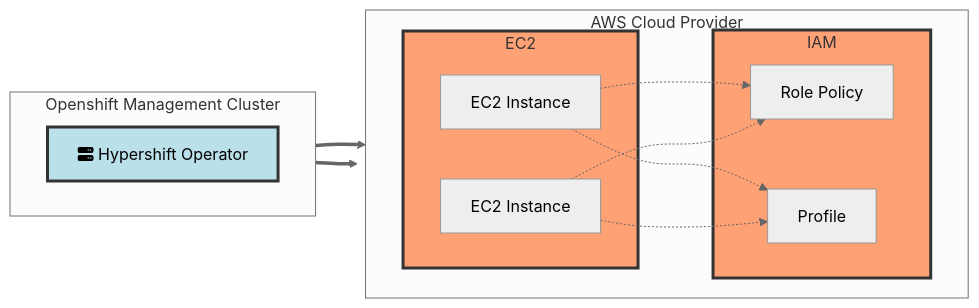
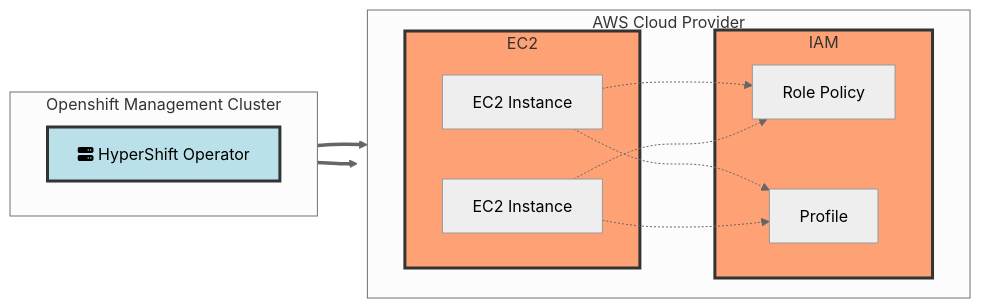
Before and after one commit to openshift/hypershift: the sixth of 6 diagrams in docs/content/how-to/aws/index.md, drawn with Mermaid (neutral theme). The commit also changed other lines of this file, not shown here.

````diff
--- a/docs/content/how-to/aws/index.md
+++ b/docs/content/how-to/aws/index.md
@@ -920,28 +920,28 @@
 ```mermaid
 flowchart LR
     style HO fill:#BAE0E9,stroke:#333,stroke-width:3px
     style EC2 fill:#FEA175,stroke:#333,stroke-width:3px
     style IAM fill:#FEA175,stroke:#333,stroke-width:3px
     subgraph OCP["Openshift Management Cluster"]
         direction LR
-        HO[fa:fa-server Hypershift Operator]
+        HO[fa:fa-server HyperShift Operator]
     end
     HO ==> EC2
     HO ==> IAM
     EC2I1 -.-> IAMR
     EC2I2 -.-> IAMR
     EC2I1 -.-> IAMP
     EC2I2 -.-> IAMP
     subgraph ACP["AWS Cloud Provider"]
         direction LR
         subgraph EC2
             EC2I1[EC2 Instance]
             EC2I2[EC2 Instance]
         end
         subgraph IAM
             IAMR[Role Policy]
             IAMP[Profile]
         end
     end
 
 ```
````
